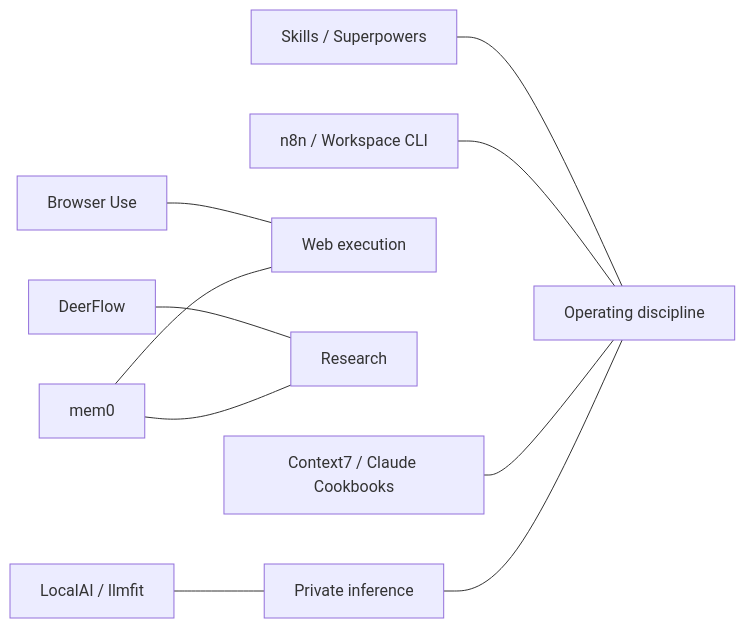
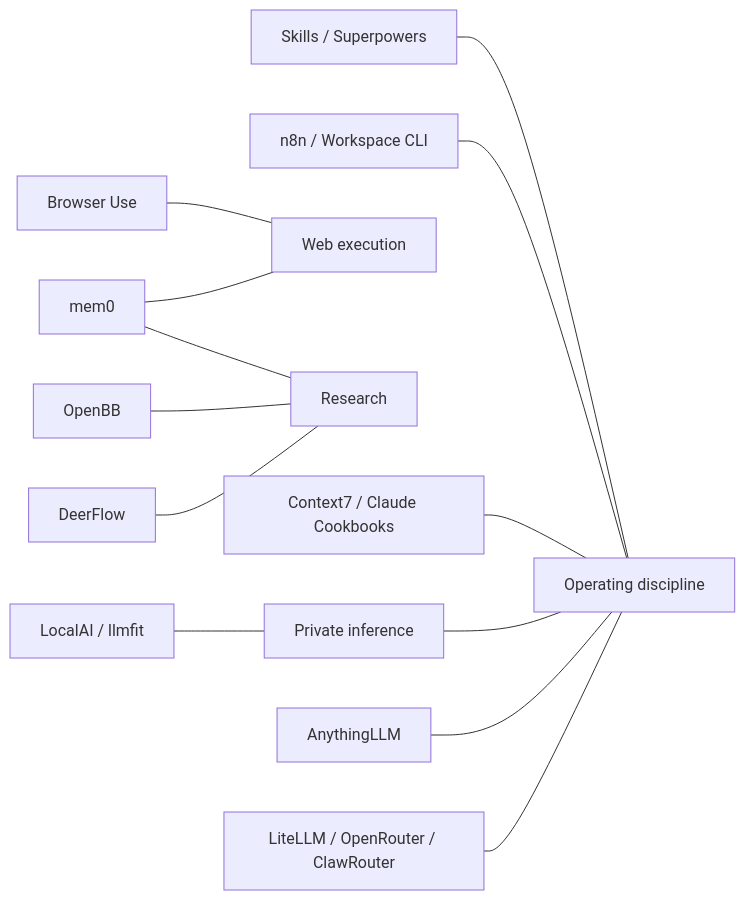
The second of 2 diagrams in docs/knowledge_base/ai_company_starter_stack.md (joanmarcriera/Home-office-automations), drawn with Mermaid before and after one commit. The commit also changed other lines of this file and 10 other files, not shown here.

````diff
--- a/docs/knowledge_base/ai_company_starter_stack.md
+++ b/docs/knowledge_base/ai_company_starter_stack.md
@@ -91,12 +123,15 @@
 ```mermaid
 flowchart LR
     S["Skills / Superpowers"] --- O["Operating discipline"]
     N["n8n / Workspace CLI"] --- O
     B["Browser Use"] --- W["Web execution"]
     D["DeerFlow"] --- R["Research"]
     M["mem0"] --- R
     M --- W
     C["Context7 / Claude Cookbooks"] --- O
     L["LocalAI / llmfit"] --- P["Private inference"]
     P --- O
+    K["AnythingLLM"] --- O
+    R2["LiteLLM / OpenRouter / ClawRouter"] --- O
+    F2["OpenBB"] --- R
 ```
````
